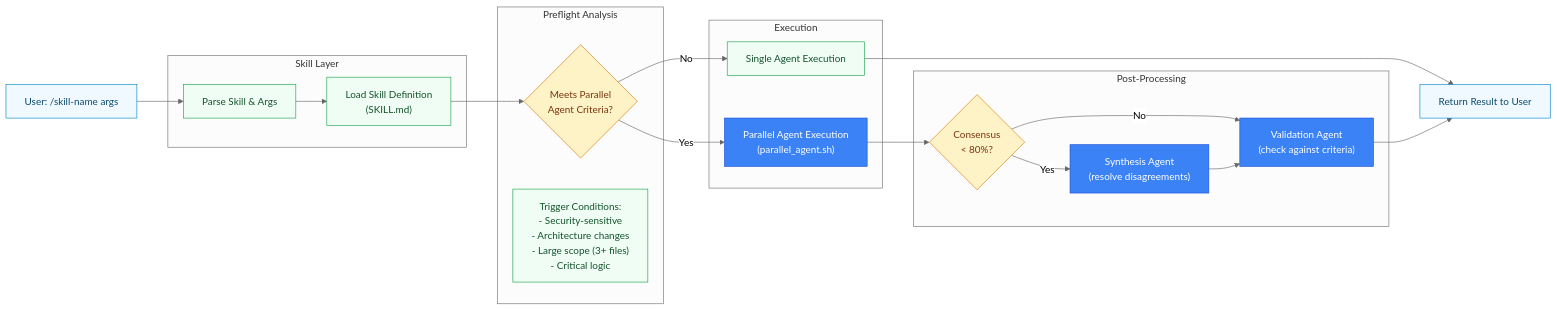
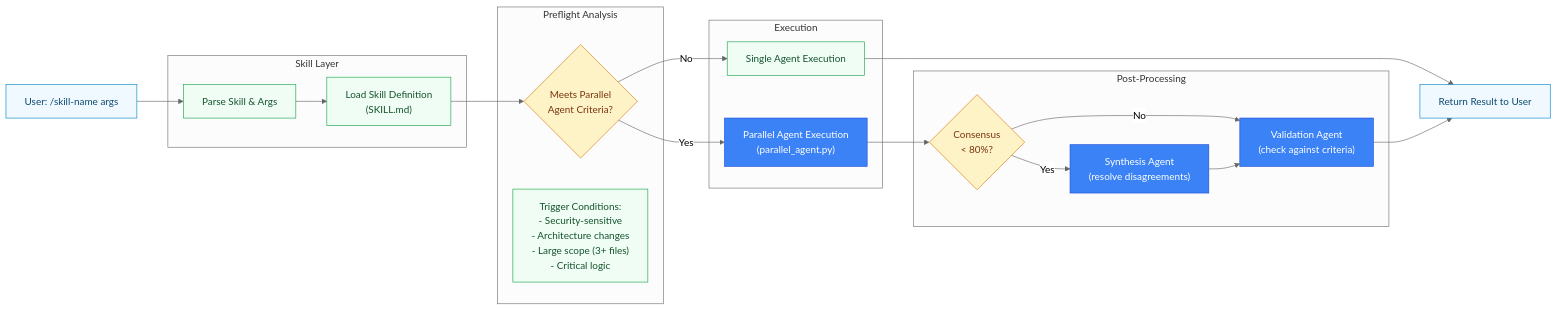
The sixth of 13 diagrams in docs/ARCHITECTURE_DIAGRAMS.md (RB-chrismandich/Manifest), drawn with Mermaid before and after one commit. The commit also changed other lines of this file and 55 other files, not shown here.

Commit message:
refactor: repoint live references parallel_agent.sh -> .py (#256)

````diff
--- a/docs/ARCHITECTURE_DIAGRAMS.md
+++ b/docs/ARCHITECTURE_DIAGRAMS.md
@@ -546,48 +546,48 @@
 ```mermaid
 %%{init: {'theme':'neutral'}}%%
 flowchart LR
     classDef input fill:#f0f9ff,stroke:#0284c7,color:#0c4a6e
     classDef process fill:#f0fdf4,stroke:#16a34a,color:#14532d
     classDef decision fill:#fef3c7,stroke:#d97706,color:#78350f
     classDef external fill:#3b82f6,stroke:#1d4ed8,color:#fff
 
     USER["User: /skill-name args"]:::input
 
     subgraph "Skill Layer"
         PARSE["Parse Skill & Args"]:::process
         LOAD_CMD["Load Skill Definition<br/>(SKILL.md)"]:::process
     end
 
     subgraph "Preflight Analysis"
         CHECK_CRITERIA{"Meets Parallel<br/>Agent Criteria?"}:::decision
         TRIGGER["Trigger Conditions:<br/>- Security-sensitive<br/>- Architecture changes<br/>- Large scope (3+ files)<br/>- Critical logic"]:::process
     end
 
     subgraph "Execution"
         SINGLE["Single Agent Execution"]:::process
-        PARALLEL["Parallel Agent Execution<br/>(parallel_agent.sh)"]:::external
+        PARALLEL["Parallel Agent Execution<br/>(parallel_agent.py)"]:::external
     end
 
     subgraph "Post-Processing"
         SYNTHESIS{"Consensus<br/>< 80%?"}:::decision
         SYNTH_AGENT["Synthesis Agent<br/>(resolve disagreements)"]:::external
         VALIDATION["Validation Agent<br/>(check against criteria)"]:::external
     end
 
     OUTPUT["Return Result to User"]:::input
 
     USER --> PARSE
     PARSE --> LOAD_CMD
     LOAD_CMD --> CHECK_CRITERIA
 
     CHECK_CRITERIA -->|Yes| PARALLEL
     CHECK_CRITERIA -->|No| SINGLE
 
     PARALLEL --> SYNTHESIS
     SINGLE --> OUTPUT
 
     SYNTHESIS -->|Yes| SYNTH_AGENT
     SYNTHESIS -->|No| VALIDATION
     SYNTH_AGENT --> VALIDATION
     VALIDATION --> OUTPUT
 ```
````
